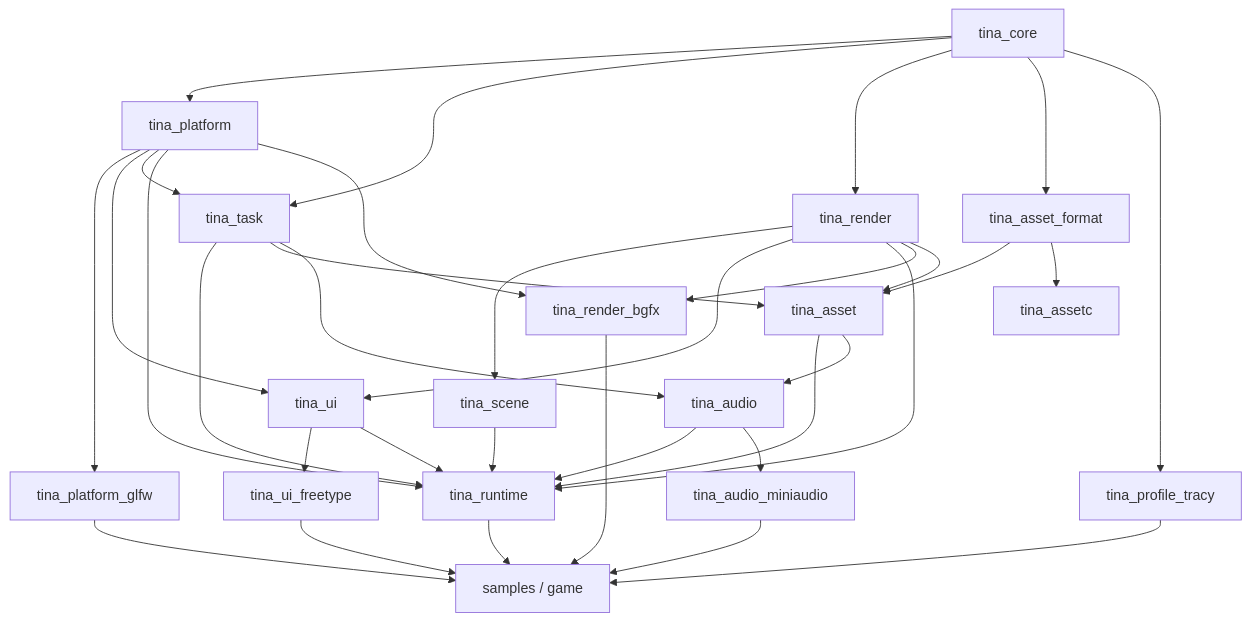
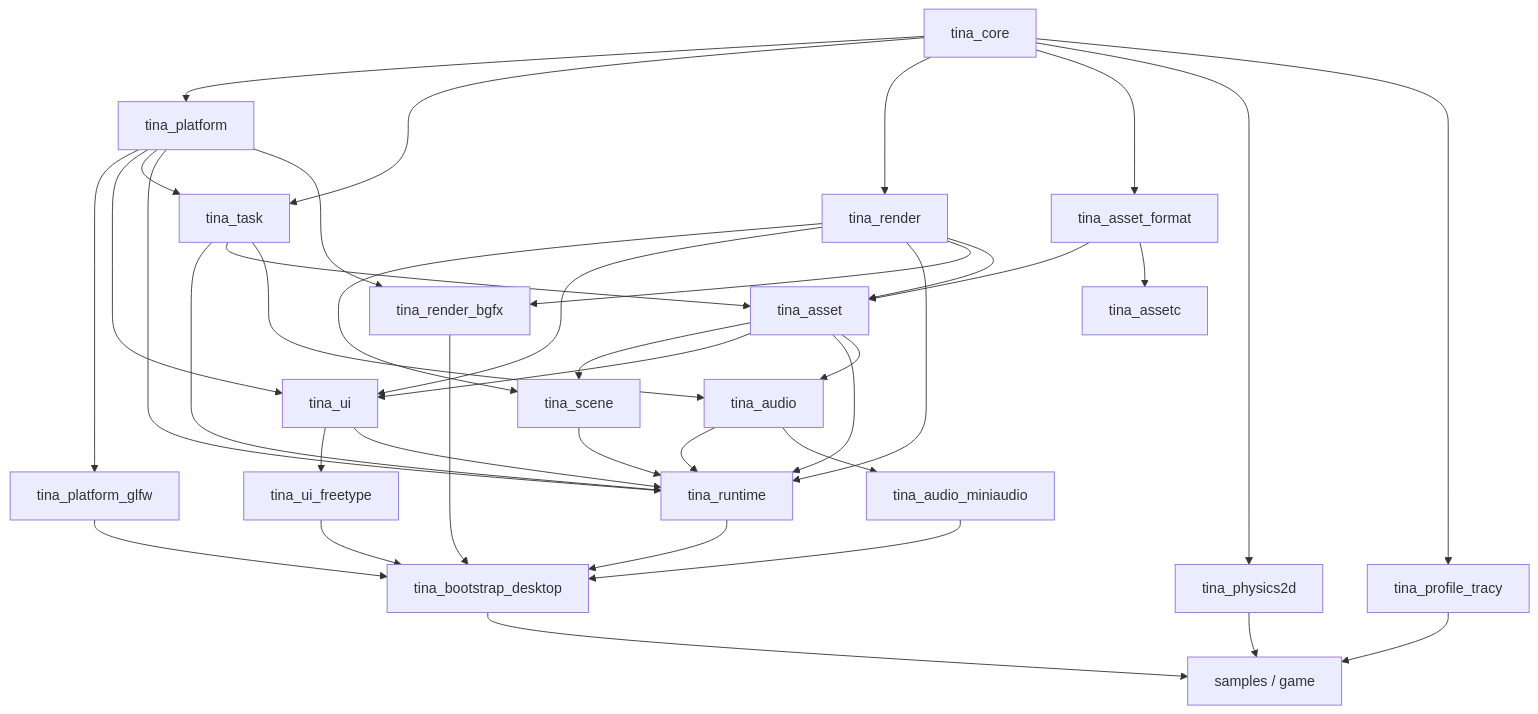
Before and after one commit to wuxianggujun/Tina: the first of 2 diagrams in docs/vnext-architecture.md, drawn with Mermaid. The commit also changed other lines of this file and 35 other files, not shown here.

Commit message:
docs(architecture): clarify game state UI and render boundaries

````diff
--- a/docs/vnext-architecture.md
+++ b/docs/vnext-architecture.md
@@ -66,36 +69,41 @@
 ```mermaid
 flowchart TD
     Core["tina_core"] --> Platform["tina_platform"]
     Platform --> Glfw["tina_platform_glfw"]
     Core --> Task["tina_task"]
     Core --> Render["tina_render"]
     Render --> Scene["tina_scene"]
     Platform --> UI["tina_ui"]
     Render --> UI
     UI --> Freetype["tina_ui_freetype"]
     Platform --> Task
     Platform --> Runtime["tina_runtime"]
     Task --> Runtime
     Scene --> Runtime
     Render --> Runtime
     UI --> Runtime
     Render --> Bgfx["tina_render_bgfx"]
     Platform --> Bgfx
     Task --> Asset["tina_asset"]
     Render --> Asset
     Core --> AssetFormat["tina_asset_format"]
     AssetFormat --> Asset
+    Asset --> Scene
+    Asset --> UI
     Asset --> Runtime
     Task --> Audio["tina_audio"]
     Asset --> Audio
     Audio --> Runtime
     Audio --> Miniaudio["tina_audio_miniaudio"]
+    Core --> Physics2D["tina_physics2d"]
     Core --> Trace["tina_profile_tracy"]
     AssetFormat --> AssetC["tina_assetc"]
-    Runtime --> Samples["samples / game"]
-    Bgfx --> Samples
-    Glfw --> Samples
-    Freetype --> Samples
-    Miniaudio --> Samples
+    Runtime --> Desktop["tina_bootstrap_desktop"]
+    Bgfx --> Desktop
+    Glfw --> Desktop
+    Freetype --> Desktop
+    Miniaudio --> Desktop
+    Desktop --> Samples["samples / game"]
+    Physics2D --> Samples
     Trace --> Samples
 ```
````
